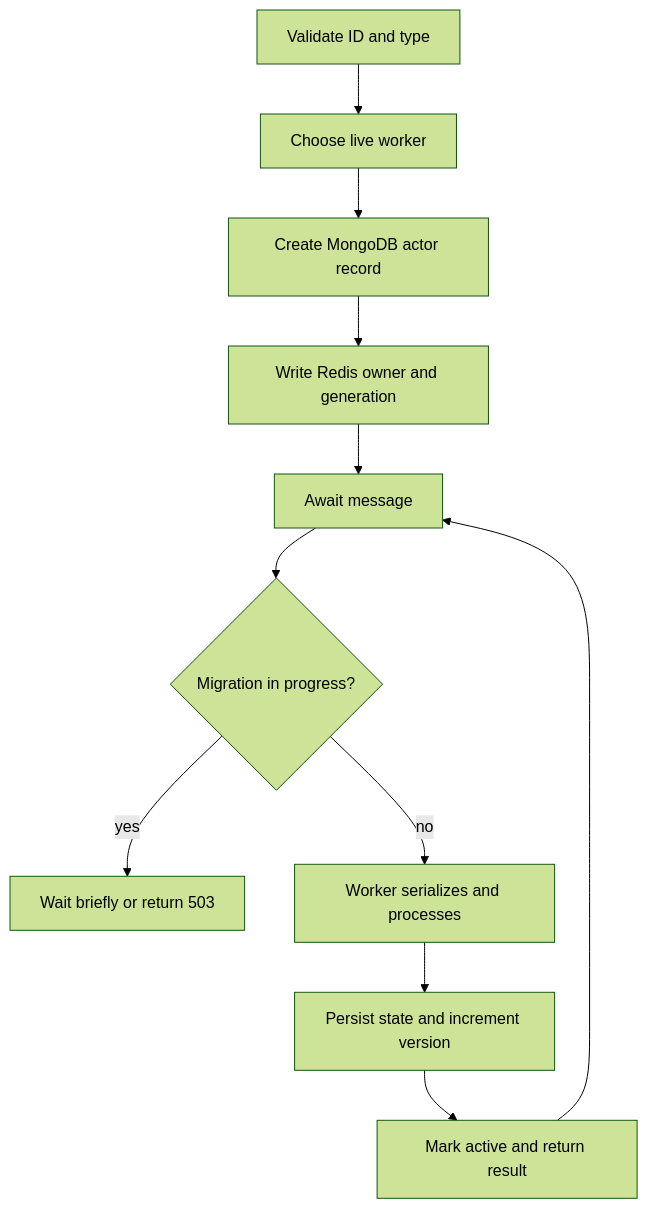
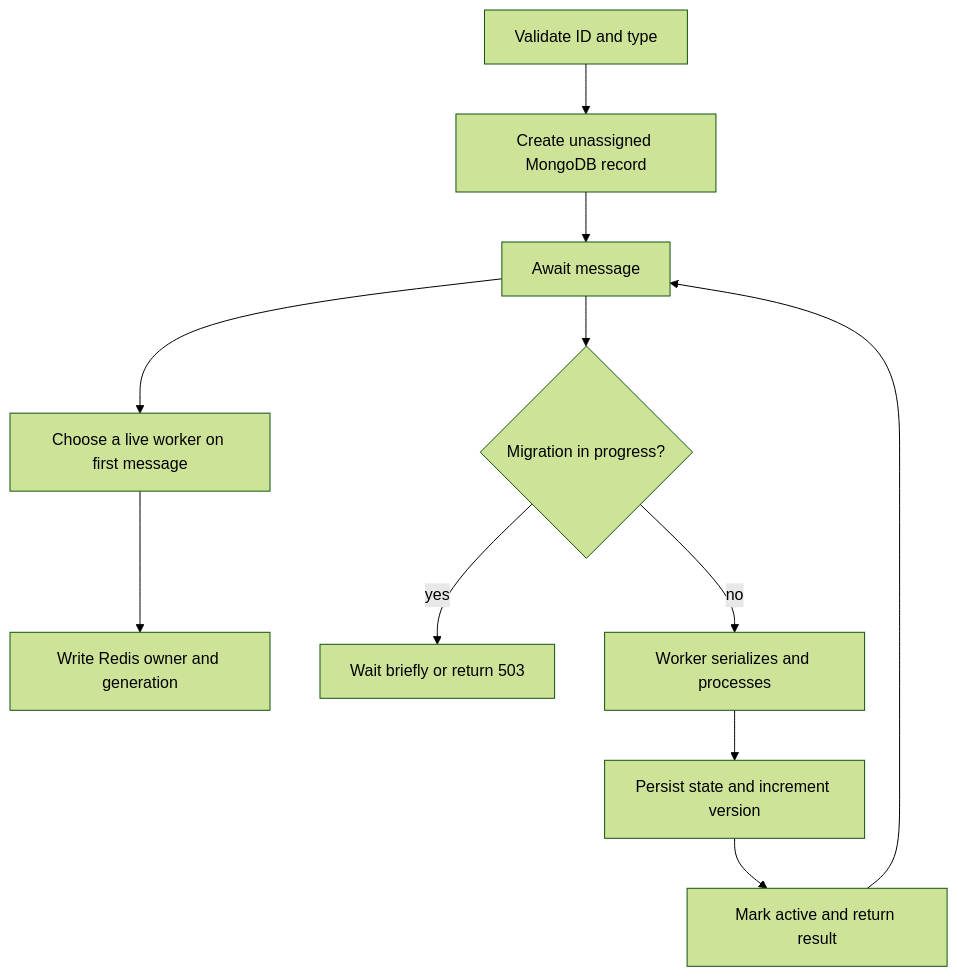
Before and after one commit to THE-ZAID01/actor-model-runtime: the second of 2 diagrams in docs/ACTOR_LIFECYCLE.md, drawn with Mermaid (forest theme). The commit also changed other lines of this file and 34 other files, not shown here.

````diff
--- a/docs/ACTOR_LIFECYCLE.md
+++ b/docs/ACTOR_LIFECYCLE.md
@@ -49,13 +52,13 @@
 ```mermaid
 flowchart TD
-  A[Validate ID and type] --> B[Choose live worker]
-  B --> C[Create MongoDB actor record]
+  A[Validate ID and type] --> B[Create unassigned MongoDB record]
+  B --> E[Await message]
+  E --> C[Choose a live worker on first message]
   C --> D[Write Redis owner and generation]
-  D --> E[Await message]
   E --> F{Migration in progress?}
   F -- yes --> G[Wait briefly or return 503]
   F -- no --> H[Worker serializes and processes]
   H --> I[Persist state and increment version]
   I --> J[Mark active and return result]
   J --> E
 ```
````
